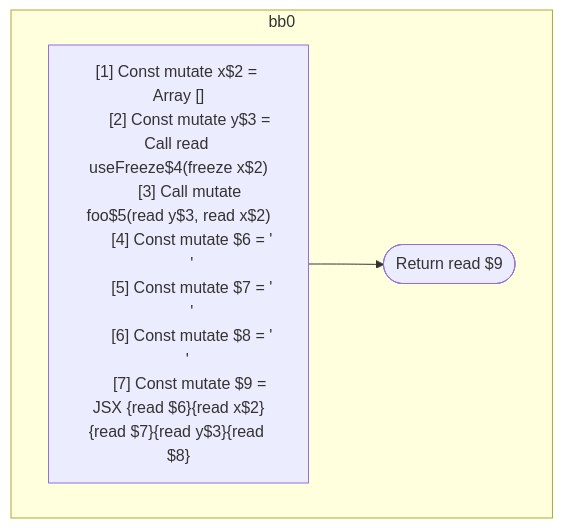
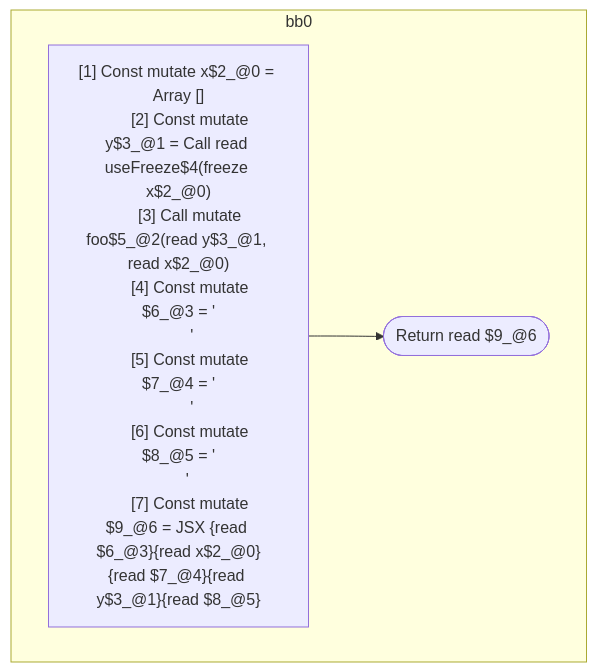
The third of 3 diagrams in compiler/forget/src/__tests__/fixtures/hir/hook-call.expect.md (wutsmog/private), drawn with Mermaid before and after one commit. The commit also changed other lines of this file and 60 other files, not shown here.

````diff
--- a/compiler/forget/src/__tests__/fixtures/hir/hook-call.expect.md
+++ b/compiler/forget/src/__tests__/fixtures/hir/hook-call.expect.md
@@ -94,19 +94,19 @@
 ```mermaid
 flowchart TB
   %% Basic Blocks
   subgraph bb0
     bb0_instrs["
-      [1] Const mutate x$2 = Array []
-      [2] Const mutate y$3 = Call read useFreeze$4(freeze x$2)
-      [3] Call mutate foo$5(read y$3, read x$2)
-      [4] Const mutate $6 = '\n      '
-      [5] Const mutate $7 = '\n      '
-      [6] Const mutate $8 = '\n    '
-      [7] Const mutate $9 = JSX <read Component$0>{read $6}{read x$2}{read $7}{read y$3}{read $8}</read Component$0>
+      [1] Const mutate x$2_@0 = Array []
+      [2] Const mutate y$3_@1 = Call read useFreeze$4(freeze x$2_@0)
+      [3] Call mutate foo$5_@2(read y$3_@1, read x$2_@0)
+      [4] Const mutate $6_@3 = '\n      '
+      [5] Const mutate $7_@4 = '\n      '
+      [6] Const mutate $8_@5 = '\n    '
+      [7] Const mutate $9_@6 = JSX <read Component$0>{read $6_@3}{read x$2_@0}{read $7_@4}{read y$3_@1}{read $8_@5}</read Component$0>
     "]
-    bb0_instrs --> bb0_terminal(["Return read $9"])
+    bb0_instrs --> bb0_terminal(["Return read $9_@6"])
   end
 
   %% Jumps
   %% empty
 ```
````
